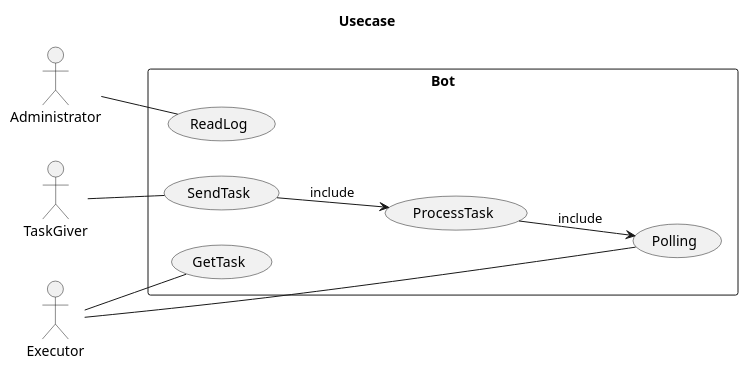
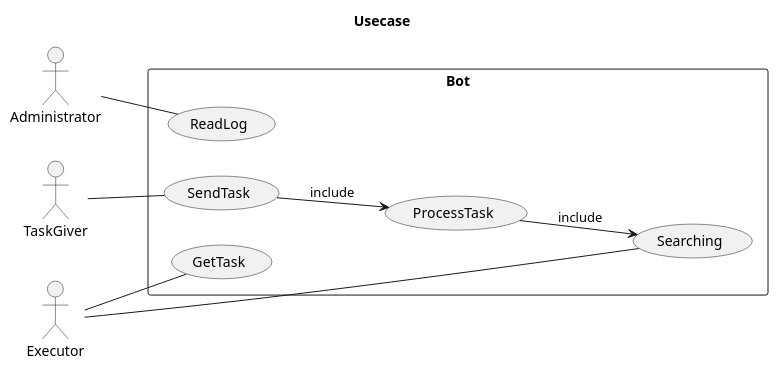
One commit to Plasmat1x/PaulBot changed the first of 4 diagrams in work.md. Above: the diagram before and after it, drawn with PlantUML. The commit also changed other lines of this file, not shown here.

````diff
--- a/work.md
+++ b/work.md
@@ -35,26 +95,26 @@
 ```plantuml
 @startuml UseCase
     Title Usecase
     left to right direction
 
     actor TaskGiver
     actor Executor
     actor Administrator
     
     rectangle Bot{
         usecase SendTask
-        usecase Polling
+        usecase Searching
         usecase ProcessTask
         usecase GetTask
         usecase ReadLog
     }
 
     TaskGiver -- SendTask
     Executor -- GetTask
     SendTask --> ProcessTask : include
-    ProcessTask --> Polling : include 
-    Executor -- Polling
+    ProcessTask --> Searching : include 
+    Executor -- Searching
     Administrator -- ReadLog
 
 @endmul
 ```
````
